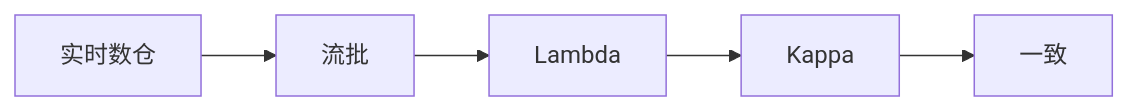
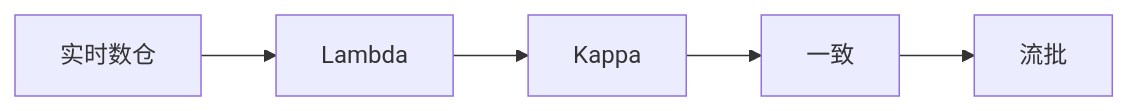
Before and after one commit to tghrxxxyyy/knowledge-base: the diagram in 基础知识/数据架构/实时数仓与流批.md, drawn with Mermaid. The commit also changed other lines of this file and 385 other files, not shown here.

````diff
--- a/基础知识/数据架构/实时数仓与流批.md
+++ b/基础知识/数据架构/实时数仓与流批.md
@@ -19,9 +19,9 @@
 ```mermaid
 flowchart LR
     A[实时数仓]
-    B[流批]
-    C[Lambda]
-    D[Kappa]
-    E[一致]
+    B[Lambda]
+    C[Kappa]
+    D[一致]
+    E[流批]
     A --> B --> C --> D --> E
 ```
````
